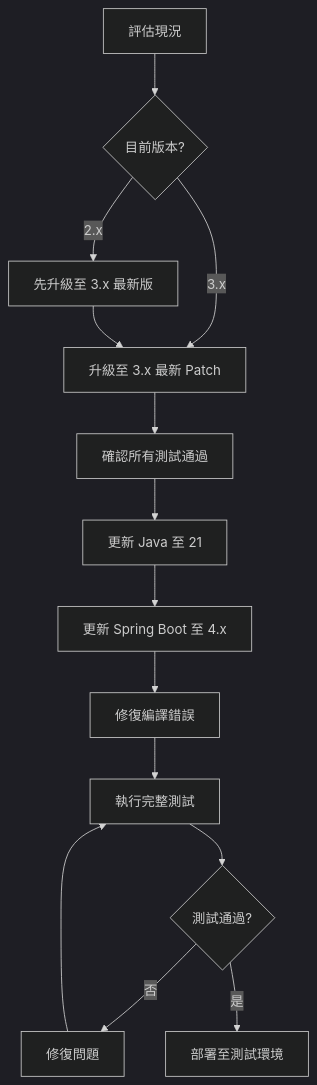
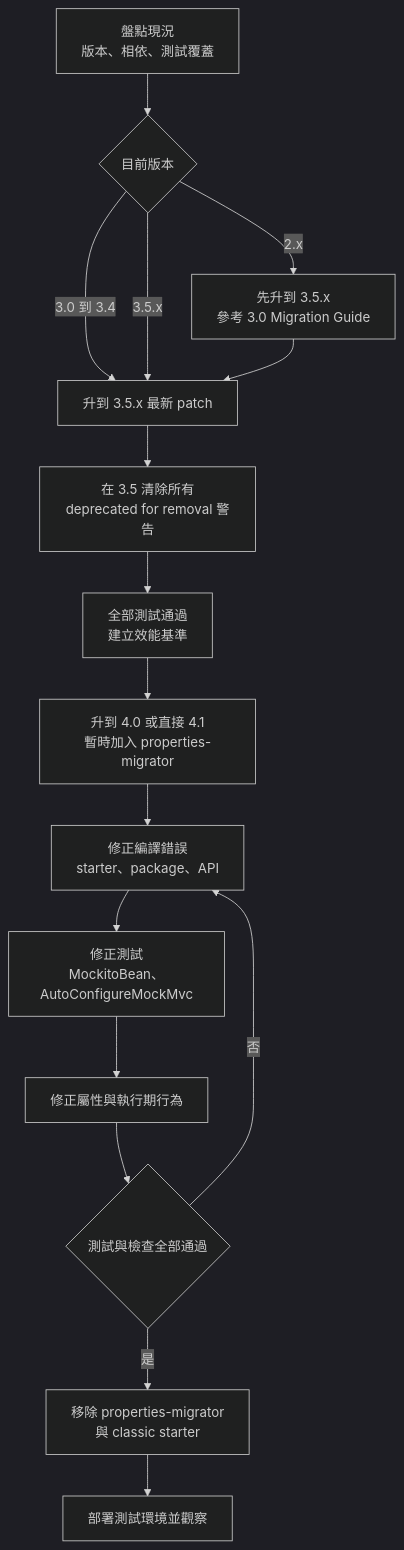
One commit to chihhung/Blog changed the third of 13 diagrams in content/posts/教學/framework/Spring boot 4.x升版教學.md. Above: the diagram before and after it, drawn with Mermaid (dark theme). The commit also changed other lines of this file, not shown here.

Commit message:
docs: update Spring Boot 4.x升版教學

````diff
--- a/content/posts/教學/framework/Spring boot 4.x升版教學.md
+++ b/content/posts/教學/framework/Spring boot 4.x升版教學.md
@@ -227,16 +473,18 @@
 ```mermaid
 flowchart TD
-    A[評估現況] --> B{目前版本?}
-    B -->|2.x| C[先升級至 3.x 最新版]
-    B -->|3.x| D[升級至 3.x 最新 Patch]
+    A["盤點現況<br/>版本、相依、測試覆蓋"] --> B{"目前版本"}
+    B -->|"2.x"| C["先升到 3.5.x<br/>參考 3.0 Migration Guide"]
+    B -->|"3.0 到 3.4"| D["升到 3.5.x 最新 patch"]
+    B -->|"3.5.x"| D
     C --> D
-    D --> E[確認所有測試通過]
-    E --> F[更新 Java 至 21]
-    F --> G[更新 Spring Boot 至 4.x]
-    G --> H[修復編譯錯誤]
-    H --> I[執行完整測試]
-    I --> J{測試通過?}
-    J -->|否| K[修復問題]
-    K --> I
-    J -->|是| L[部署至測試環境]
+    D --> E["在 3.5 清除所有<br/>deprecated for removal 警告"]
+    E --> F["全部測試通過<br/>建立效能基準"]
+    F --> G["升到 4.0 或直接 4.1<br/>暫時加入 properties-migrator"]
+    G --> H["修正編譯錯誤<br/>starter、package、API"]
+    H --> I["修正測試<br/>MockitoBean、AutoConfigureMockMvc"]
+    I --> J["修正屬性與執行期行為"]
+    J --> K{"測試與檢查全部通過"}
+    K -->|"否"| H
+    K -->|"是"| L["移除 properties-migrator<br/>與 classic starter"]
+    L --> M["部署測試環境並觀察"]
 ```
````
